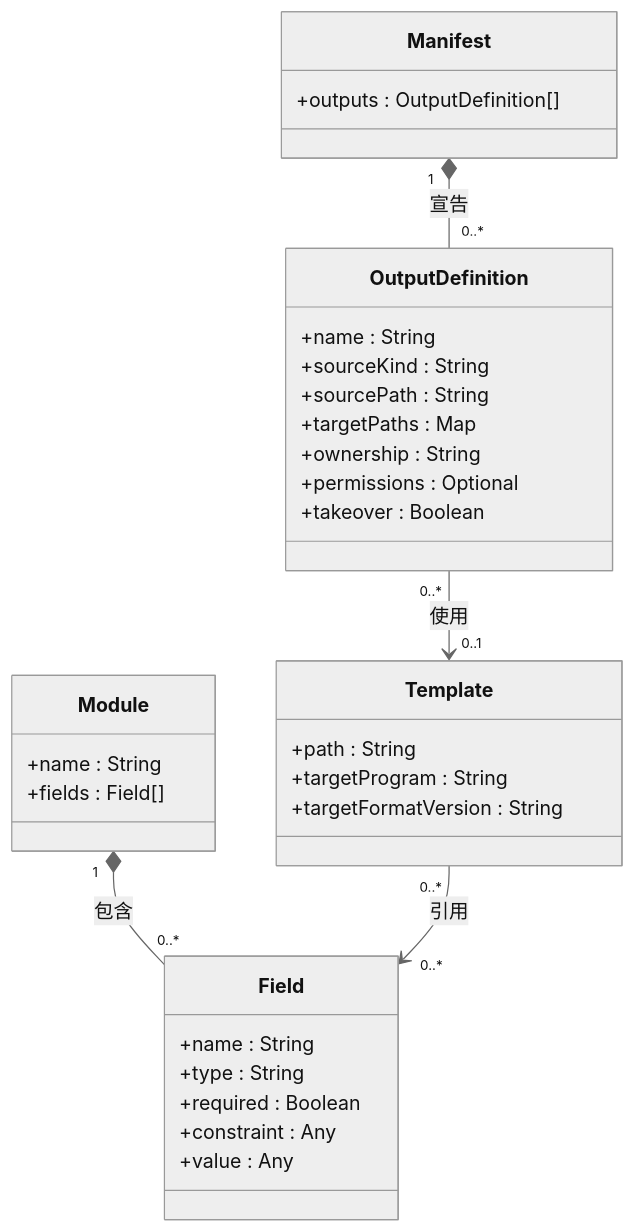
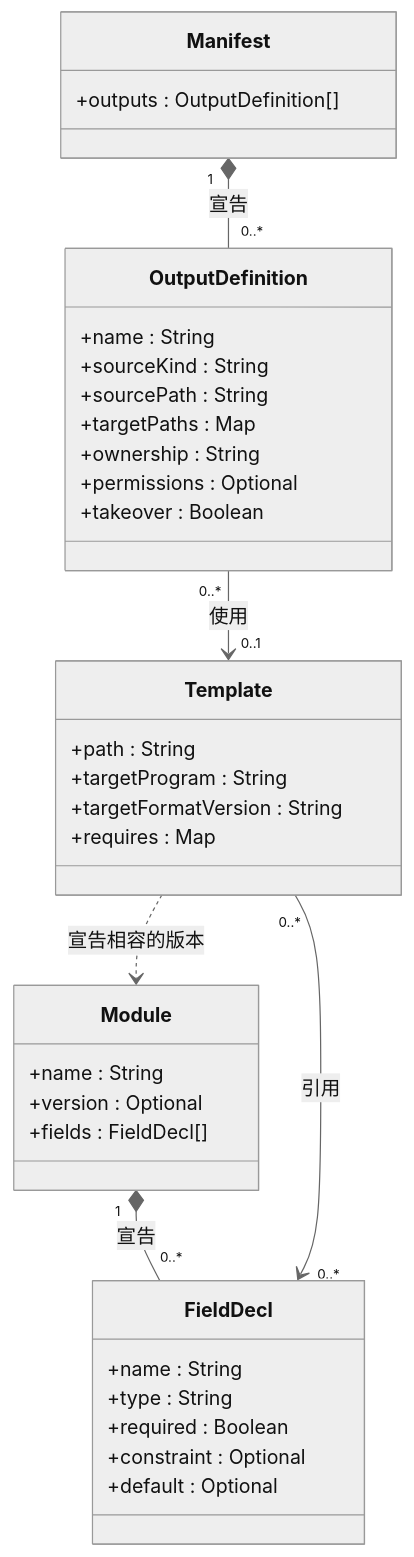
Before and after one commit to accidental-two-timer-sam-woof/rosamta-waterfall: the first of 10 diagrams in docs/03-preliminary-design/uml.md, drawn with Mermaid (neutral theme). The commit also changed other lines of this file, not shown here.

Commit message:
docs(uml): align preliminary design flows

````diff
--- a/docs/03-preliminary-design/uml.md
+++ b/docs/03-preliminary-design/uml.md
@@ -13,36 +13,39 @@
 ```mermaid
 classDiagram
     direction TB
     class Manifest {
         +outputs : OutputDefinition[]
     }
     class OutputDefinition {
         +name : String
         +sourceKind : String
         +sourcePath : String
         +targetPaths : Map
         +ownership : String
         +permissions : Optional
         +takeover : Boolean
     }
     class Module {
         +name : String
-        +fields : Field[]
+        +version : Optional
+        +fields : FieldDecl[]
     }
-    class Field {
+    class FieldDecl {
         +name : String
         +type : String
         +required : Boolean
-        +constraint : Any
-        +value : Any
+        +constraint : Optional
+        +default : Optional
     }
     class Template {
         +path : String
         +targetProgram : String
         +targetFormatVersion : String
+        +requires : Map
     }
     Manifest "1" *-- "0..*" OutputDefinition : 宣告
-    Module "1" *-- "0..*" Field : 包含
-    Template "0..*" --> "0..*" Field : 引用
+    Module "1" *-- "0..*" FieldDecl : 宣告
+    Template "0..*" --> "0..*" FieldDecl : 引用
+    Template ..> Module : 宣告相容的版本
     OutputDefinition "0..*" --> "0..1" Template : 使用
 ```
````
